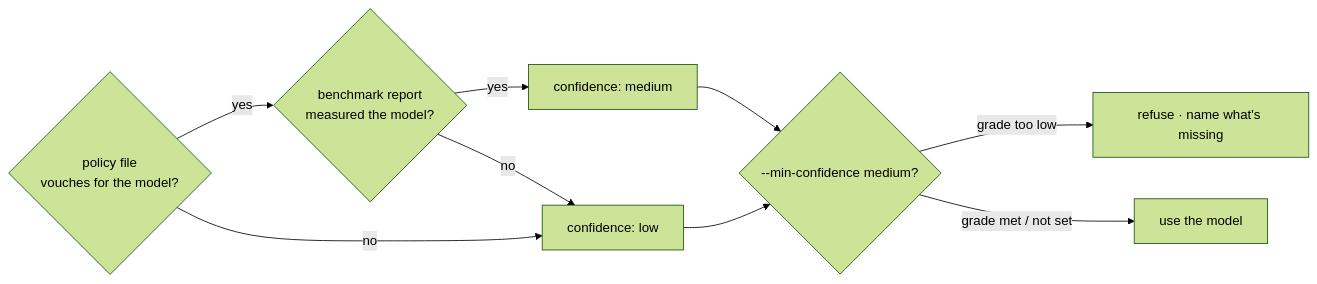
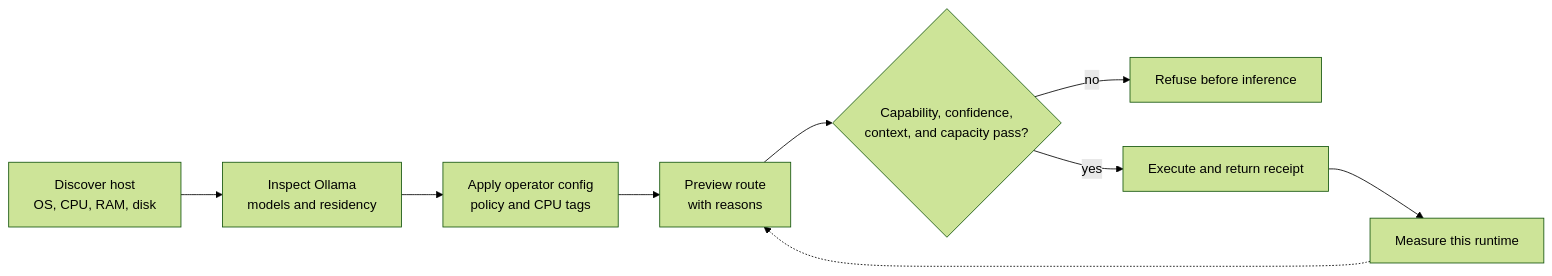
Before and after one commit to bgauryy/FreeLlama: the fourth of 4 diagrams in README.md, drawn with Mermaid (forest theme). The commit also changed other lines of this file and 149 other files, not shown here.

````diff
--- a/README.md
+++ b/README.md
@@ -174,13 +423,11 @@
 ```mermaid
 flowchart LR
-    P{"policy file<br/>vouches for the model?"}
-    B{"benchmark report<br/>measured the model?"}
-    P -->|yes| B
-    P -->|no| LOW["confidence: low"]
-    B -->|yes| MED["confidence: medium"]
-    B -->|no| LOW
-    MED --> G{"--min-confidence medium?"}
-    LOW --> G
-    G -->|"grade too low"| REF["refuse · name what's missing"]
-    G -->|"grade met / not set"| USE["use the model"]
+    H["Discover host<br/>OS, CPU, RAM, disk"] --> O["Inspect Ollama<br/>models and residency"]
+    O --> C["Apply operator config<br/>policy and CPU tags"]
+    C --> P["Preview route<br/>with reasons"]
+    P --> X{"Capability, confidence,<br/>context, and capacity pass?"}
+    X -->|"no"| N["Refuse before inference"]
+    X -->|"yes"| E["Execute and return receipt"]
+    E --> F["Measure this runtime"]
+    F -.-> P
 ```
````
